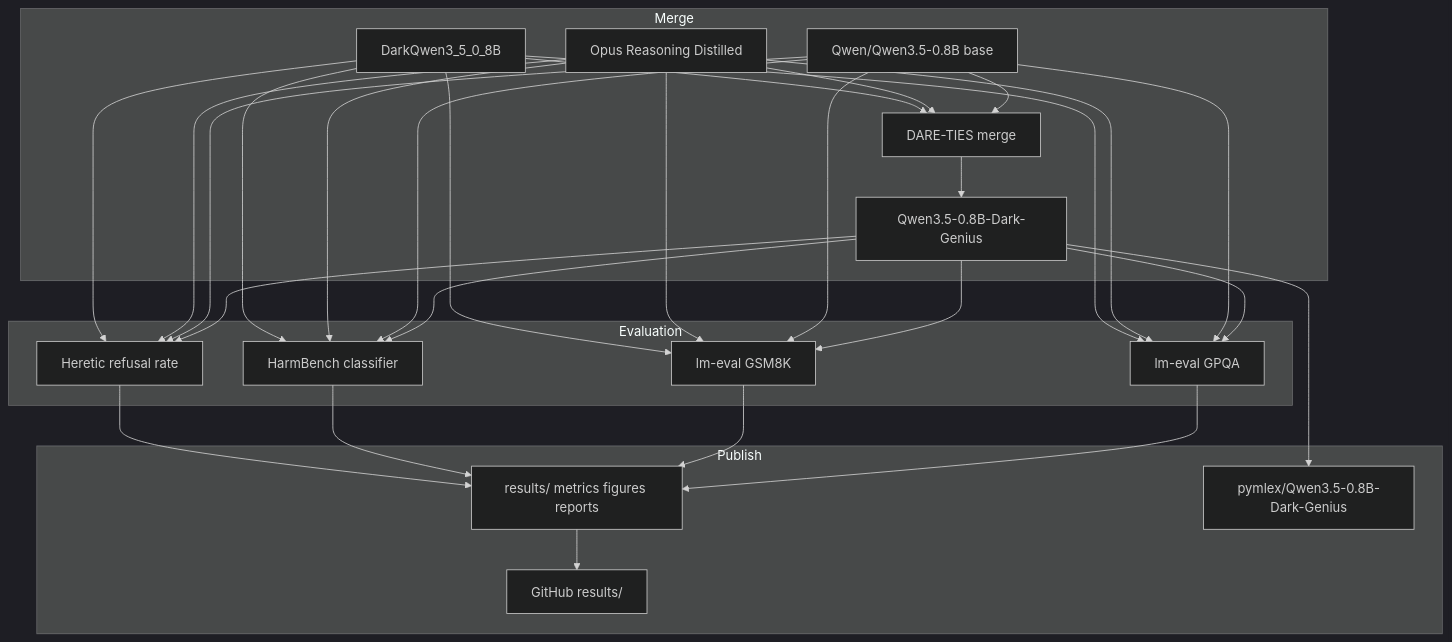
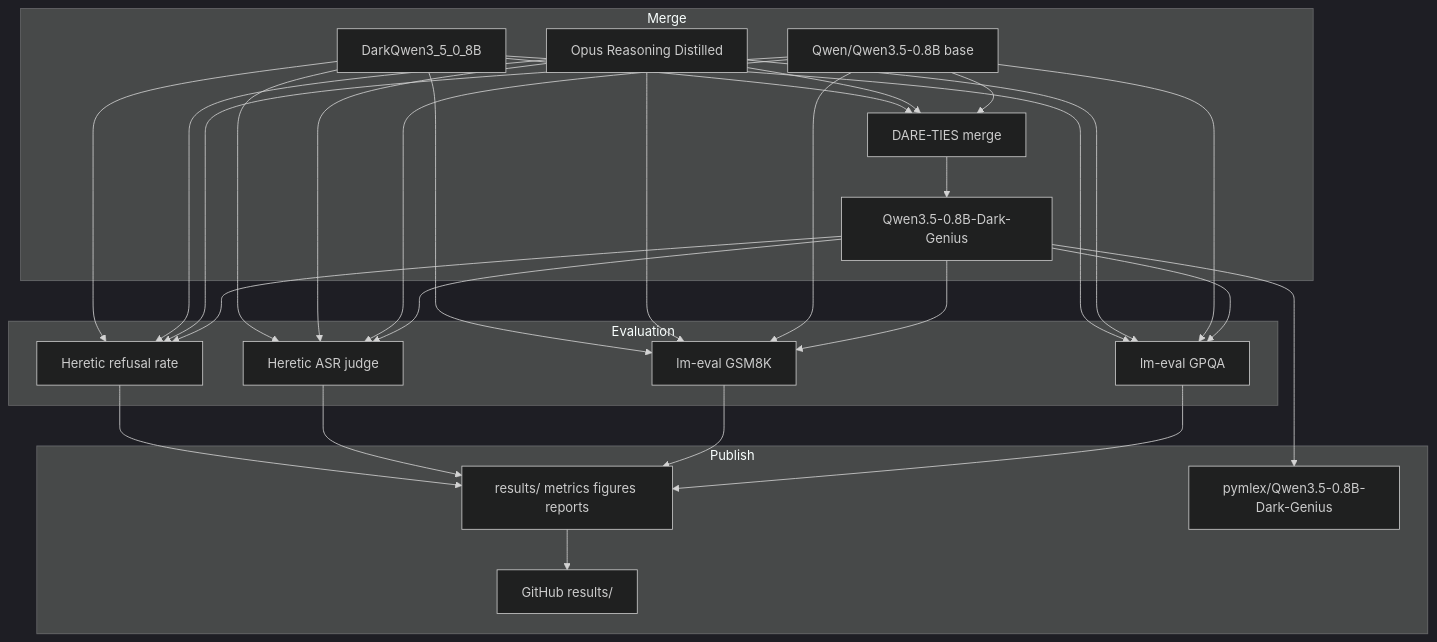
One commit to pymlex/Qwen3.5-0.8B-Dark-Genius changed the diagram in README.md. Above: the diagram before and after it, drawn with Mermaid (dark theme). The commit also changed other lines of this file and 9 other files, not shown here.

First line of the commit message:
Replace HarmBench Mistral classifier with heretic-v3 ASR judge.

````diff
--- a/README.md
+++ b/README.md
@@ -18,40 +18,40 @@
 ```mermaid
 flowchart TB
     subgraph merge_stage["Merge"]
         B["Qwen/Qwen3.5-0.8B base"]
         R["Opus Reasoning Distilled"]
         D["DarkQwen3_5_0_8B"]
         M["DARE-TIES merge"]
         G["Qwen3.5-0.8B-Dark-Genius"]
         B --> M
         R --> M
         D --> M
         M --> G
     end
     subgraph eval_stage["Evaluation"]
         G --> E1["lm-eval GPQA"]
         G --> E2["lm-eval GSM8K"]
-        G --> E3["HarmBench classifier"]
+        G --> E3["Heretic ASR judge"]
         G --> E4["Heretic refusal rate"]
         B --> E1
         B --> E2
         B --> E3
         B --> E4
         R --> E1
         R --> E2
         R --> E3
         R --> E4
         D --> E1
         D --> E2
         D --> E3
         D --> E4
     end
     subgraph publish_stage["Publish"]
         E1 --> P["results/ metrics figures reports"]
         E2 --> P
         E3 --> P
         E4 --> P
         G --> HF["pymlex/Qwen3.5-0.8B-Dark-Genius"]
         P --> GH["GitHub results/"]
     end
 ```
````
